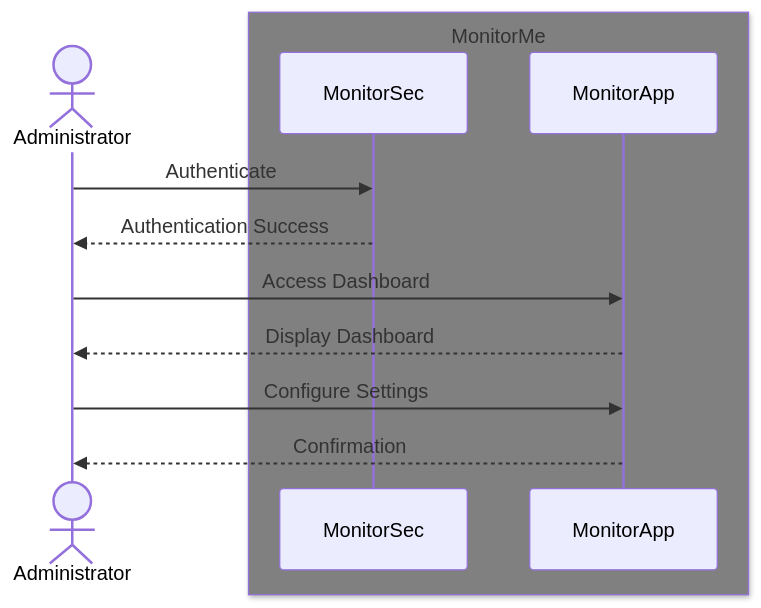
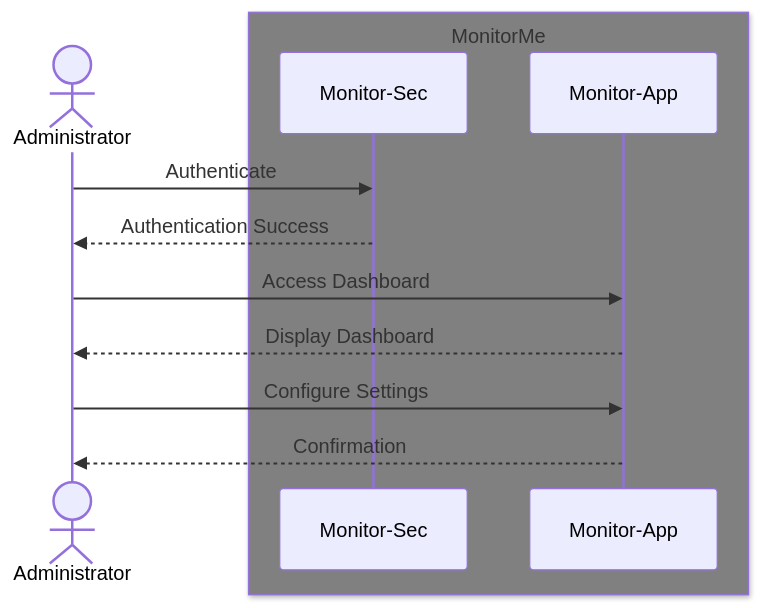
Before and after one commit to gael-jurin/ARTIK: the third of 4 diagrams in 2.DetailedSolution/2.ProposedScenarios.md, drawn with Mermaid. The commit also changed other lines of this file, not shown here.

````diff
--- a/2.DetailedSolution/2.ProposedScenarios.md
+++ b/2.DetailedSolution/2.ProposedScenarios.md
@@ -105,14 +105,14 @@
 ```mermaid
 sequenceDiagram
     actor Administrator
     box Gray MonitorMe
-    participant MonitorSec
-    participant MonitorApp
+    participant Monitor-Sec
+    participant Monitor-App
     end
-    Administrator ->> MonitorSec: Authenticate
-    MonitorSec -->> Administrator: Authentication Success
-    Administrator ->> MonitorApp: Access Dashboard
-    MonitorApp -->> Administrator: Display Dashboard
-    Administrator ->> MonitorApp: Configure Settings
-    MonitorApp -->> Administrator: Confirmation
+    Administrator ->> Monitor-Sec: Authenticate
+    Monitor-Sec -->> Administrator: Authentication Success
+    Administrator ->> Monitor-App: Access Dashboard
+    Monitor-App -->> Administrator: Display Dashboard
+    Administrator ->> Monitor-App: Configure Settings
+    Monitor-App -->> Administrator: Confirmation
 ```
````
